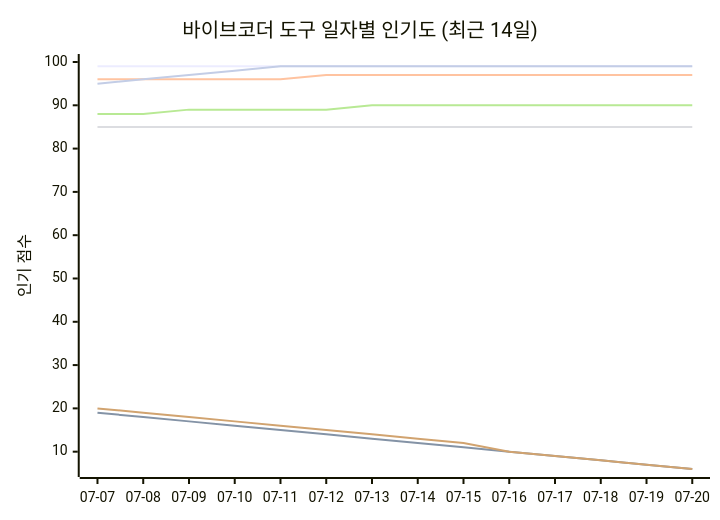
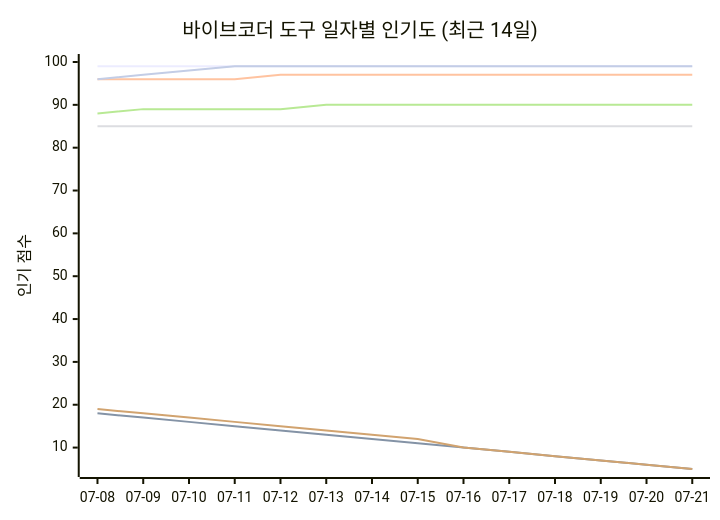
Before and after one commit to tykimos/ai-whatchelin: the seventh of 11 diagrams in README_ko.md, drawn with Mermaid. The commit also changed other lines of this file and 4 other files, not shown here.

````diff
--- a/README_ko.md
+++ b/README_ko.md
@@ -1999,13 +2003,13 @@
 ```mermaid
 xychart-beta
     title "바이브코더 도구 일자별 인기도 (최근 14일)"
-    x-axis ["07-07", "07-08", "07-09", "07-10", "07-11", "07-12", "07-13", "07-14", "07-15", "07-16", "07-17", "07-18", "07-19", "07-20"]
-    y-axis "인기 점수" 6 --> 100
+    x-axis ["07-08", "07-09", "07-10", "07-11", "07-12", "07-13", "07-14", "07-15", "07-16", "07-17", "07-18", "07-19", "07-20", "07-21"]
+    y-axis "인기 점수" 5 --> 100
     line "Claude Code" [99, 99, 99, 99, 99, 99, 99, 99, 99, 99, 99, 99, 99, 99]
-    line "GH Copilot" [19, 18, 17, 16, 15, 14, 13, 12, 11, 10, 9, 8, 7, 6]
-    line "Cursor" [96, 96, 96, 96, 96, 97, 97, 97, 97, 97, 97, 97, 97, 97]
+    line "GH Copilot" [18, 17, 16, 15, 14, 13, 12, 11, 10, 9, 8, 7, 6, 5]
+    line "Cursor" [96, 96, 96, 96, 97, 97, 97, 97, 97, 97, 97, 97, 97, 97]
     line "Windsurf" [85, 85, 85, 85, 85, 85, 85, 85, 85, 85, 85, 85, 85, 85]
-    line "Codex CLI" [88, 88, 89, 89, 89, 89, 90, 90, 90, 90, 90, 90, 90, 90]
-    line "Gemini CLI" [20, 19, 18, 17, 16, 15, 14, 13, 12, 10, 9, 8, 7, 6]
-    line "Antigravity" [95, 96, 97, 98, 99, 99, 99, 99, 99, 99, 99, 99, 99, 99]
+    line "Codex CLI" [88, 89, 89, 89, 89, 90, 90, 90, 90, 90, 90, 90, 90, 90]
+    line "Gemini CLI" [19, 18, 17, 16, 15, 14, 13, 12, 10, 9, 8, 7, 6, 5]
+    line "Antigravity" [96, 97, 98, 99, 99, 99, 99, 99, 99, 99, 99, 99, 99, 99]
 ```
````
